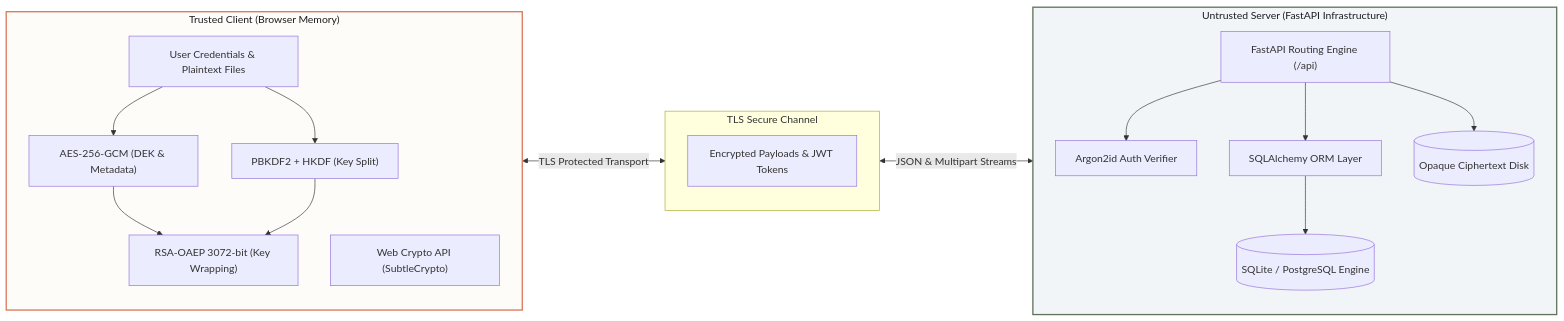
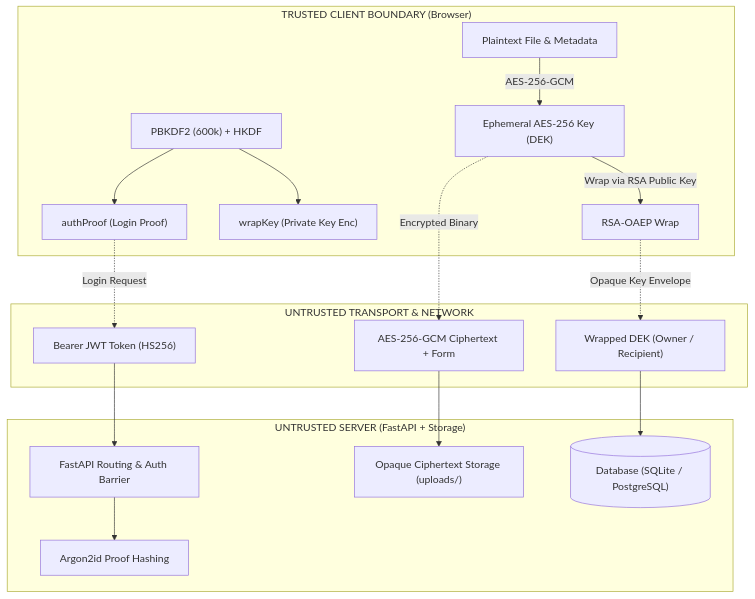
One commit to vikramaditya19/Vaultline-Secure-file-vault changed the diagram in README.md. Above: the diagram before and after it, drawn with Mermaid. The commit also changed other lines of this file and 2 other files, not shown here.

````diff
--- a/README.md
+++ b/README.md
@@ -44,42 +46,36 @@
 ```mermaid
-flowchart LR
-    subgraph Browser ["Trusted Client (Browser Memory)"]
-        direction TB
-        User["User Credentials & Plaintext Files"]
-        WebCrypto["Web Crypto API (SubtleCrypto)"]
-        AES["AES-256-GCM (DEK & Metadata)"]
-        RSA["RSA-OAEP 3072-bit (Key Wrapping)"]
-        PBKDF["PBKDF2 + HKDF (Key Split)"]
-
-        User --> PBKDF
-        User --> AES
-        AES --> RSA
-        PBKDF --> RSA
+flowchart TB
+    subgraph Browser["TRUSTED CLIENT BOUNDARY (Browser)"]
+        Plaintext["Plaintext File & Metadata"]
+        DEK["Ephemeral AES-256 Key (DEK)"]
+        RSAWrap["RSA-OAEP Wrap"]
+        AuthSplit["PBKDF2 (600k) + HKDF"]
+        WrapKey["wrapKey (Private Key Enc)"]
+        AuthProof["authProof (Login Proof)"]
     end
 
-    subgraph Transport ["TLS Secure Channel"]
-        CipherStream["Encrypted Payloads & JWT Tokens"]
+    subgraph Transport["UNTRUSTED TRANSPORT & NETWORK"]
+        CiphertextPayload["AES-256-GCM Ciphertext + Form"]
+        WrappedDEKPayload["Wrapped DEK (Owner / Recipient)"]
+        AuthToken["Bearer JWT Token (HS256)"]
     end
 
-    subgraph Server ["Untrusted Server (FastAPI Infrastructure)"]
-        direction TB
-        FastAPI["FastAPI Routing Engine (/api)"]
-        Argon2["Argon2id Auth Verifier"]
-        SQLAlchemy["SQLAlchemy ORM Layer"]
-        DB[("SQLite / PostgreSQL Engine")]
-        Store[("Opaque Ciphertext Disk")]
-
-        FastAPI --> Argon2
-        FastAPI --> SQLAlchemy
-        FastAPI --> Store
-        SQLAlchemy --> DB
+    subgraph Backend["UNTRUSTED SERVER (FastAPI + Storage)"]
+        API["FastAPI Routing & Auth Barrier"]
+        Argon2["Argon2id Proof Hashing"]
+        Disk["Opaque Ciphertext Storage (uploads/)"]
+        DB[("Database (SQLite / PostgreSQL)")]
     end
 
-    Browser <-- TLS Protected Transport --> Transport
-    Transport <-- JSON & Multipart Streams --> Server
-
-    classDef client fill:#fdfcf9,stroke:#d97757,stroke-width:2px,color:#1b1c1d;
-    classDef server fill:#f2f5f8,stroke:#5f7258,stroke-width:2px,color:#1b1c1d;
-    class Browser client;
-    class Server server;
+    Plaintext -->|AES-256-GCM| DEK
+    DEK -->|Wrap via RSA Public Key| RSAWrap
+    AuthSplit --> WrapKey
+    AuthSplit --> AuthProof
+    DEK -.->|Encrypted Binary| CiphertextPayload
+    RSAWrap -.->|Opaque Key Envelope| WrappedDEKPayload
+    AuthProof -.->|Login Request| AuthToken
+    CiphertextPayload --> Disk
+    WrappedDEKPayload --> DB
+    AuthToken --> API
+    API --> Argon2
 ```
````
